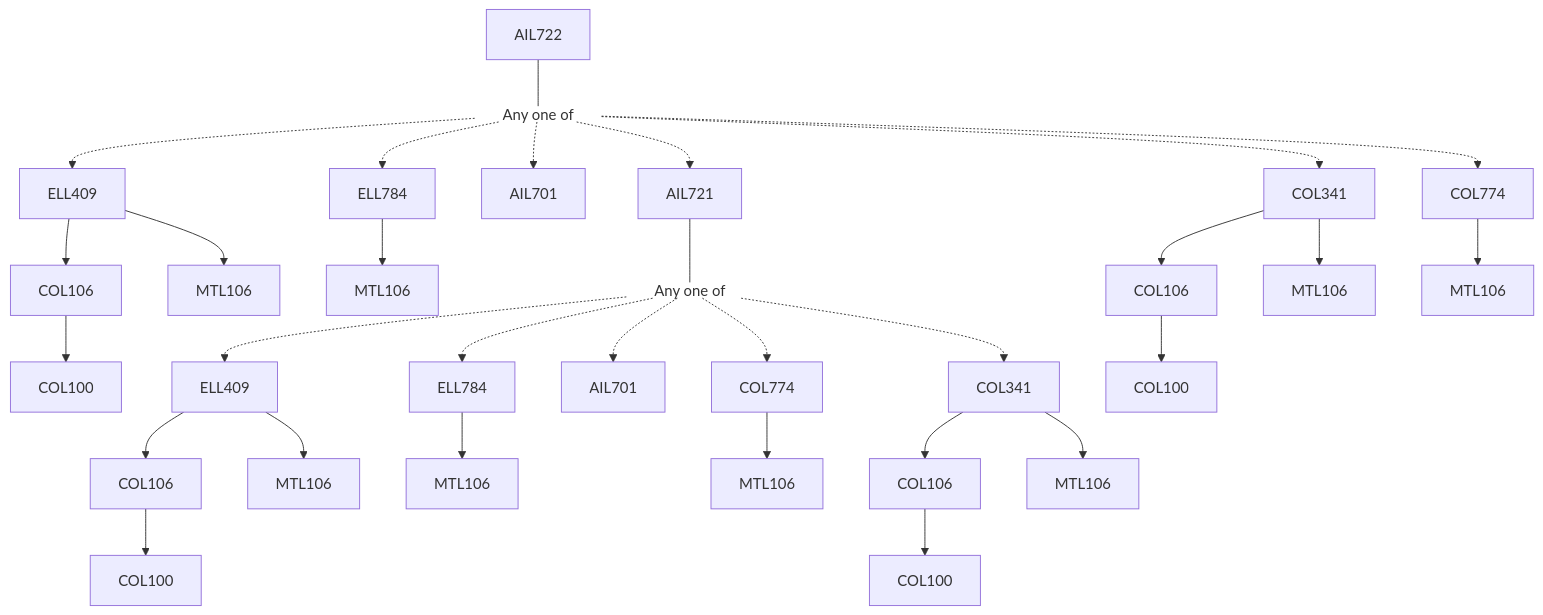
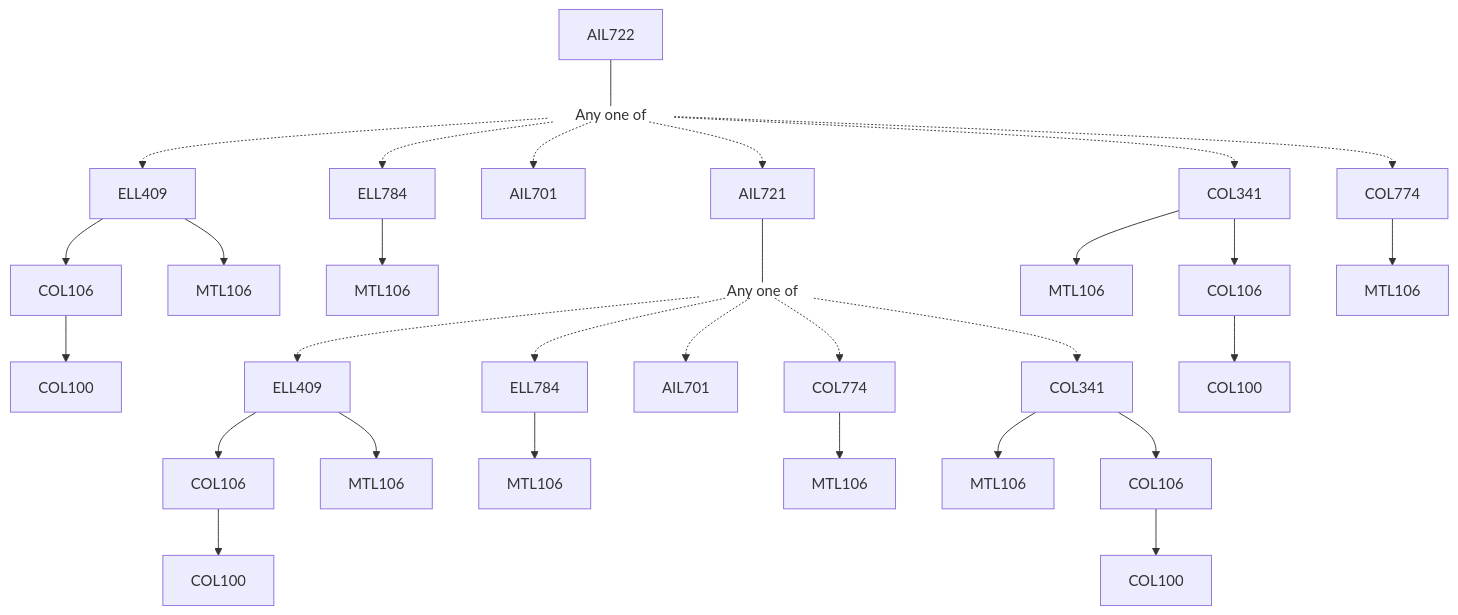
Before and after one commit to KeshavBansal0122/CoS_Website: the diagram in content/School of Artificial Intelligence/AIL722.md, drawn with Mermaid. The commit also changed other lines of this file and 2667 other files, not shown here.

````diff
--- a/content/School of Artificial Intelligence/AIL722.md
+++ b/content/School of Artificial Intelligence/AIL722.md
@@ -17,36 +15,36 @@
 ```mermaid
 flowchart TD
-AIL722-720[AIL722]
-AIL722-720 --- Or721[Any one of]:::empty
-COL106-722 --> COL100-722[COL100]
-Or721 -.-> ELL409-722[ELL409]
-ELL409-722 --> COL106-722[COL106]
-ELL409-722 --> MTL106-722[MTL106]
-ELL784-723 --> MTL106-723[MTL106]
-Or721 -.-> ELL784-723[ELL784]
-Or721 -.-> AIL701-724[AIL701]
-AIL721-725 --- Or726[Any one of]:::empty
-Or726 -.-> ELL409-727[ELL409]
-COL106-727 --> COL100-727[COL100]
-ELL409-727 --> COL106-727[COL106]
-ELL409-727 --> MTL106-727[MTL106]
-ELL784-728 --> MTL106-728[MTL106]
-Or726 -.-> ELL784-728[ELL784]
-Or726 -.-> AIL701-729[AIL701]
-Or726 -.-> COL774-730[COL774]
-COL774-730 --> MTL106-730[MTL106]
-Or726 -.-> COL341-731[COL341]
-COL106-731 --> COL100-731[COL100]
-COL341-731 --> COL106-731[COL106]
-COL341-731 --> MTL106-731[MTL106]
-Or721 -.-> AIL721-725[AIL721]
-COL106-732 --> COL100-732[COL100]
-COL341-732 --> COL106-732[COL106]
-COL341-732 --> MTL106-732[MTL106]
-Or721 -.-> COL341-732[COL341]
-COL774-733 --> MTL106-733[MTL106]
-Or721 -.-> COL774-733[COL774]
+AIL722-1242[AIL722]
+AIL722-1242 --- Or1243[Any one of]:::empty
+COL106-1244 --> COL100-1244[COL100]
+ELL409-1244 --> MTL106-1244[MTL106]
+ELL409-1244 --> COL106-1244[COL106]
+Or1243 -.-> ELL409-1244[ELL409]
+ELL784-1245 --> MTL106-1245[MTL106]
+Or1243 -.-> ELL784-1245[ELL784]
+Or1243 -.-> AIL701-1246[AIL701]
+AIL721-1247 --- Or1248[Any one of]:::empty
+COL106-1249 --> COL100-1249[COL100]
+Or1248 -.-> ELL409-1249[ELL409]
+ELL409-1249 --> COL106-1249[COL106]
+ELL409-1249 --> MTL106-1249[MTL106]
+ELL784-1250 --> MTL106-1250[MTL106]
+Or1248 -.-> ELL784-1250[ELL784]
+Or1248 -.-> AIL701-1251[AIL701]
+COL774-1252 --> MTL106-1252[MTL106]
+Or1248 -.-> COL774-1252[COL774]
+COL341-1253 --> MTL106-1253[MTL106]
+COL106-1253 --> COL100-1253[COL100]
+COL341-1253 --> COL106-1253[COL106]
+Or1248 -.-> COL341-1253[COL341]
+Or1243 -.-> AIL721-1247[AIL721]
+COL341-1254 --> MTL106-1254[MTL106]
+COL341-1254 --> COL106-1254[COL106]
+Or1243 -.-> COL341-1254[COL341]
+COL106-1254 --> COL100-1254[COL100]
+COL774-1255 --> MTL106-1255[MTL106]
+Or1243 -.-> COL774-1255[COL774]
 
 classDef empty height:17px, fill:transparent, stroke:transparent;
 classDef trueEmpty height:0px, width:0px;
 ```
````
